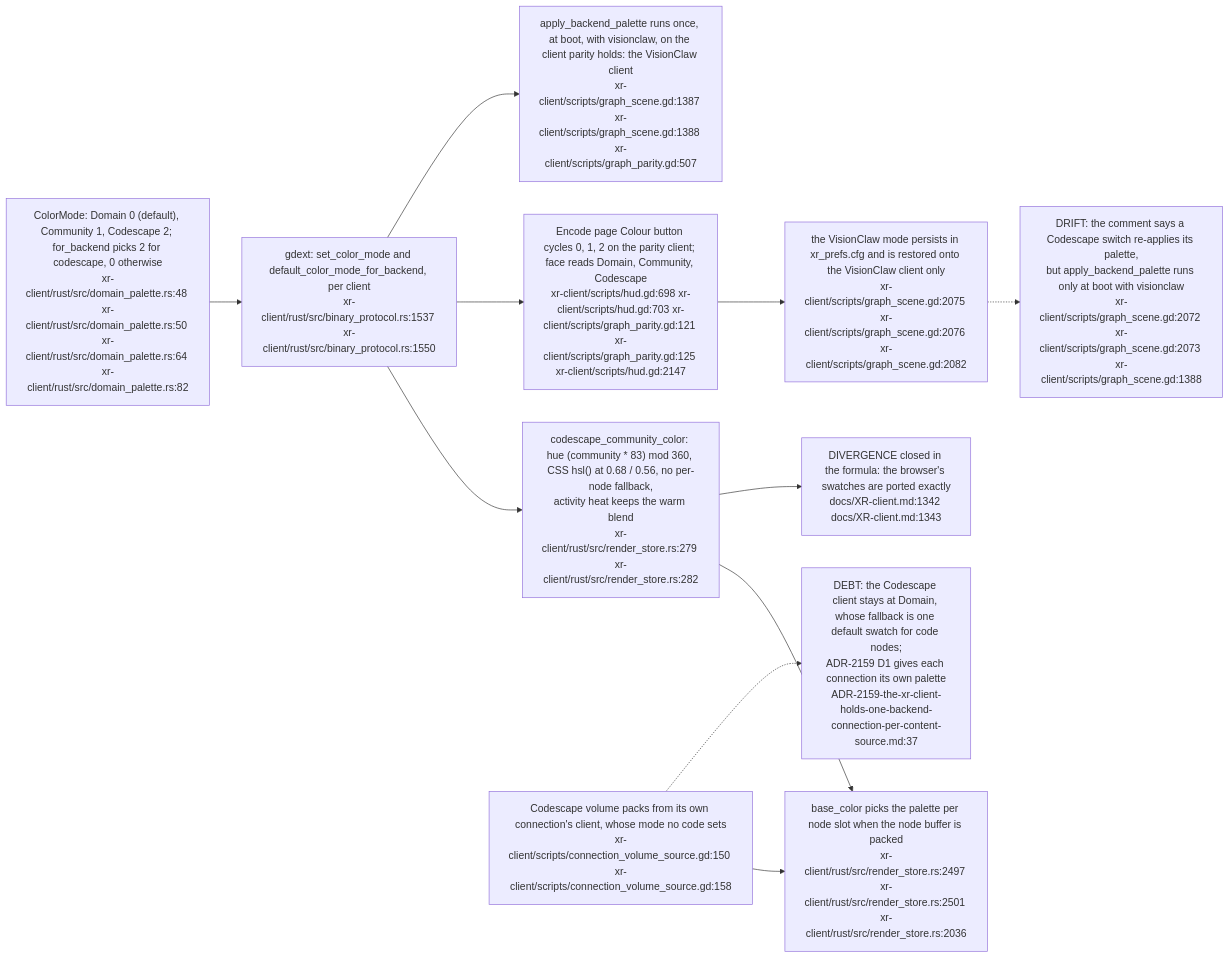
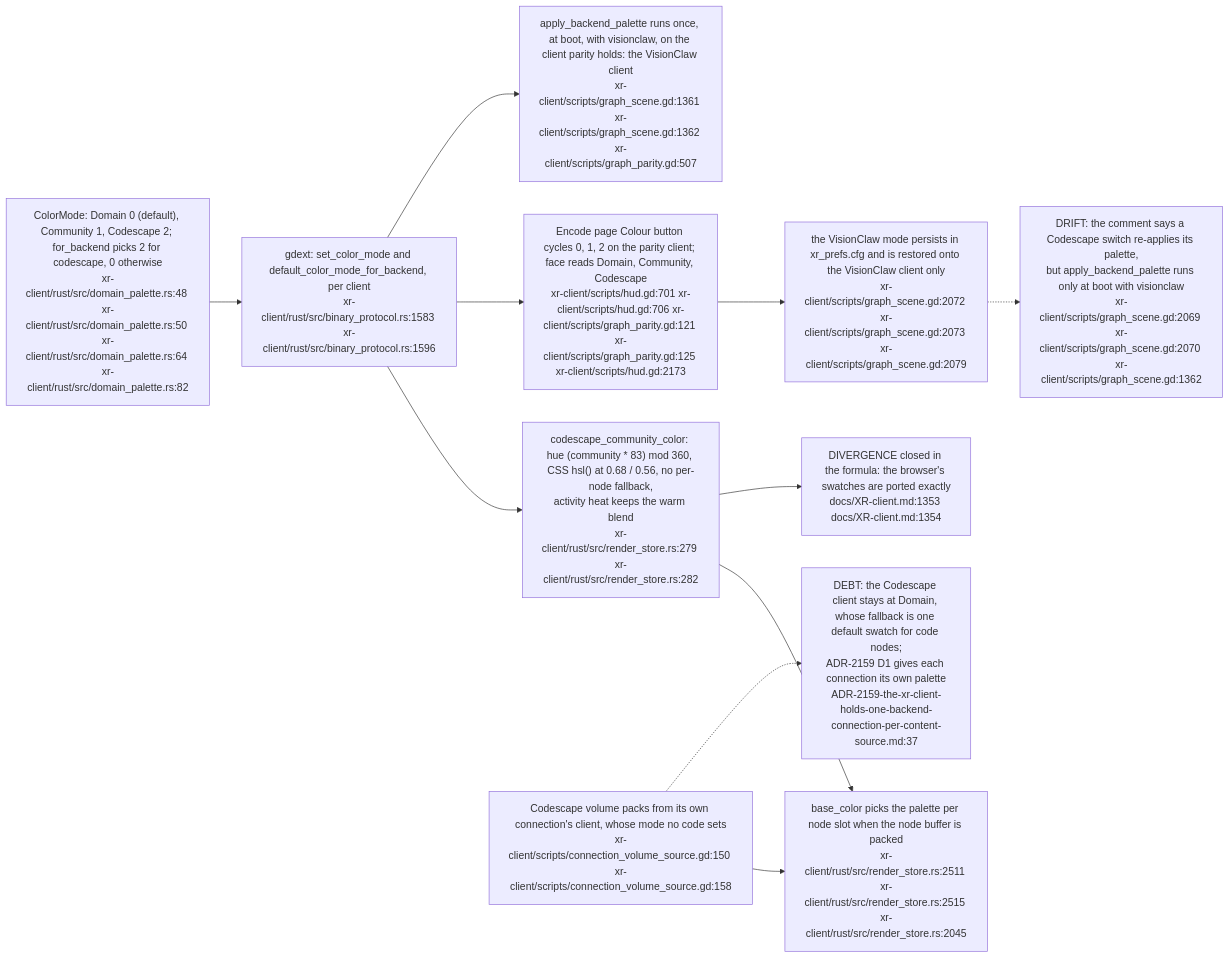
One commit to DreamLab-AI/VisionFlow changed the third of 3 diagrams in docs/diagrams/visionclaw/40-xr-two-backends-capability-gating.md. Above: the diagram before and after it, drawn with Mermaid. The commit also changed other lines of this file and 24 other files, not shown here.

Commit message:
docs: align XR liveness, filtering and rendering diagrams (#33)

````diff
--- a/docs/diagrams/visionclaw/40-xr-two-backends-capability-gating.md
+++ b/docs/diagrams/visionclaw/40-xr-two-backends-capability-gating.md
@@ -109,20 +109,20 @@
 ```mermaid
 flowchart LR
     ENUM["ColorMode: Domain 0 (default), Community 1, Codescape 2; for_backend picks 2 for codescape, 0 otherwise<br/>xr-client/rust/src/domain_palette.rs:48 xr-client/rust/src/domain_palette.rs:50 xr-client/rust/src/domain_palette.rs:64 xr-client/rust/src/domain_palette.rs:82"]
-    GD["gdext: set_color_mode and default_color_mode_for_backend, per client<br/>xr-client/rust/src/binary_protocol.rs:1537 xr-client/rust/src/binary_protocol.rs:1550"]
+    GD["gdext: set_color_mode and default_color_mode_for_backend, per client<br/>xr-client/rust/src/binary_protocol.rs:1583 xr-client/rust/src/binary_protocol.rs:1596"]
     PAL["codescape_community_color: hue (community * 83) mod 360, CSS hsl() at 0.68 / 0.56, no per-node fallback,<br/>activity heat keeps the warm blend<br/>xr-client/rust/src/render_store.rs:279 xr-client/rust/src/render_store.rs:282"]
-    BASE["base_color picks the palette per node slot when the node buffer is packed<br/>xr-client/rust/src/render_store.rs:2497 xr-client/rust/src/render_store.rs:2501 xr-client/rust/src/render_store.rs:2036"]
-    CYC["Encode page Colour button cycles 0, 1, 2 on the parity client; face reads Domain, Community, Codescape<br/>xr-client/scripts/hud.gd:698 xr-client/scripts/hud.gd:703 xr-client/scripts/graph_parity.gd:121 xr-client/scripts/graph_parity.gd:125 xr-client/scripts/hud.gd:2147"]
-    PREF["the VisionClaw mode persists in xr_prefs.cfg and is restored onto the VisionClaw client only<br/>xr-client/scripts/graph_scene.gd:2075 xr-client/scripts/graph_scene.gd:2076 xr-client/scripts/graph_scene.gd:2082"]
+    BASE["base_color picks the palette per node slot when the node buffer is packed<br/>xr-client/rust/src/render_store.rs:2511 xr-client/rust/src/render_store.rs:2515 xr-client/rust/src/render_store.rs:2045"]
+    CYC["Encode page Colour button cycles 0, 1, 2 on the parity client; face reads Domain, Community, Codescape<br/>xr-client/scripts/hud.gd:701 xr-client/scripts/hud.gd:706 xr-client/scripts/graph_parity.gd:121 xr-client/scripts/graph_parity.gd:125 xr-client/scripts/hud.gd:2173"]
+    PREF["the VisionClaw mode persists in xr_prefs.cfg and is restored onto the VisionClaw client only<br/>xr-client/scripts/graph_scene.gd:2072 xr-client/scripts/graph_scene.gd:2073 xr-client/scripts/graph_scene.gd:2079"]
     CYC --> PREF
-    PREF -.-> D2["DRIFT: the comment says a Codescape switch re-applies its palette,<br/>but apply_backend_palette runs only at boot with visionclaw<br/>xr-client/scripts/graph_scene.gd:2072 xr-client/scripts/graph_scene.gd:2073 xr-client/scripts/graph_scene.gd:1388"]
-    DEF["apply_backend_palette runs once, at boot, with visionclaw, on the client parity holds: the VisionClaw client<br/>xr-client/scripts/graph_scene.gd:1387 xr-client/scripts/graph_scene.gd:1388 xr-client/scripts/graph_parity.gd:507"]
+    PREF -.-> D2["DRIFT: the comment says a Codescape switch re-applies its palette,<br/>but apply_backend_palette runs only at boot with visionclaw<br/>xr-client/scripts/graph_scene.gd:2069 xr-client/scripts/graph_scene.gd:2070 xr-client/scripts/graph_scene.gd:1362"]
+    DEF["apply_backend_palette runs once, at boot, with visionclaw, on the client parity holds: the VisionClaw client<br/>xr-client/scripts/graph_scene.gd:1361 xr-client/scripts/graph_scene.gd:1362 xr-client/scripts/graph_parity.gd:507"]
     CSV["Codescape volume packs from its own connection's client, whose mode no code sets<br/>xr-client/scripts/connection_volume_source.gd:150 xr-client/scripts/connection_volume_source.gd:158"]
     ENUM --> GD --> PAL --> BASE
     GD --> CYC
     GD --> DEF
     CSV --> BASE
     CSV -.-> GAP["DEBT: the Codescape client stays at Domain, whose fallback is one default swatch for code nodes;<br/>ADR-2159 D1 gives each connection its own palette<br/>ADR-2159-the-xr-client-holds-one-backend-connection-per-content-source.md:37"]
-    N1["DIVERGENCE closed in the formula: the browser's swatches are ported exactly<br/>docs/XR-client.md:1342 docs/XR-client.md:1343"]
+    N1["DIVERGENCE closed in the formula: the browser's swatches are ported exactly<br/>docs/XR-client.md:1353 docs/XR-client.md:1354"]
     PAL --> N1
 ```
````
